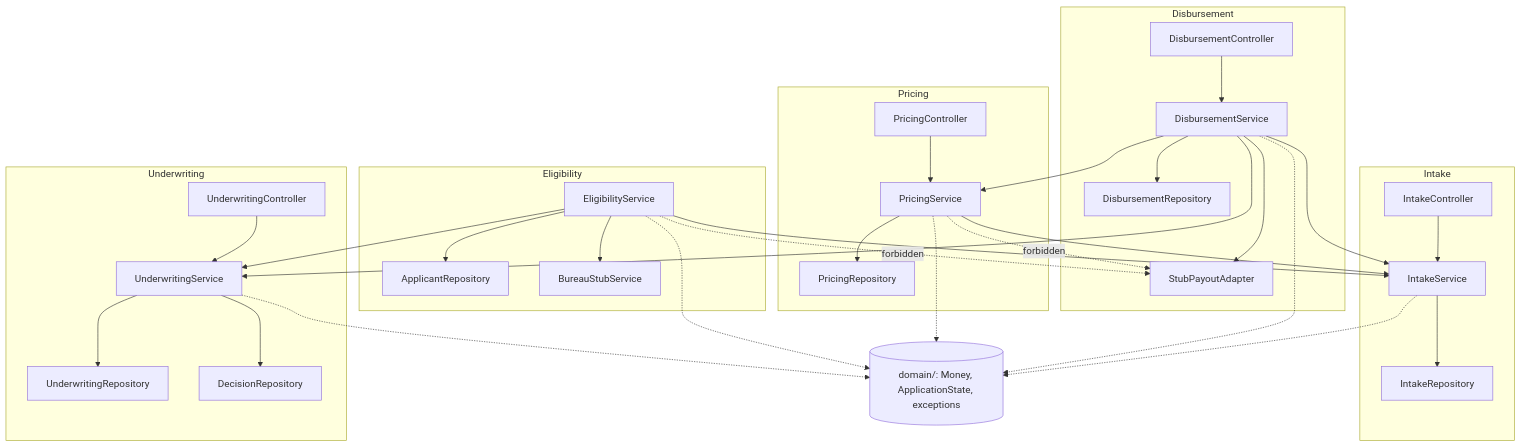
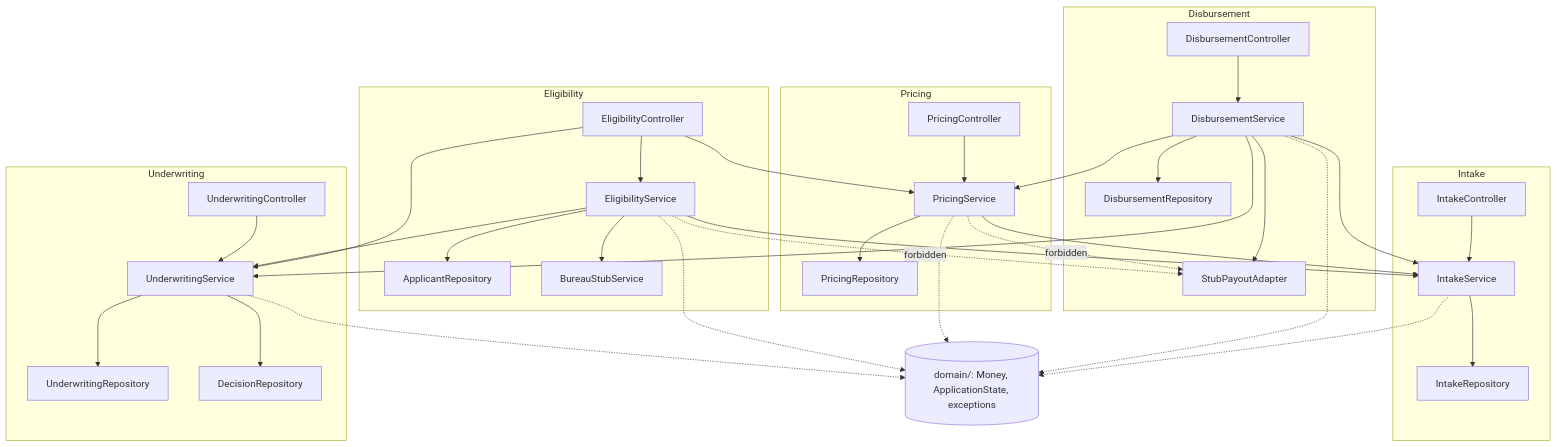
One commit to ramesh918/virtuasa-hackton-LoanForge changed the diagram in docs/architecture.md. Above: the diagram before and after it, drawn with Mermaid. The commit also changed other lines of this file and 7 other files, not shown here.

First line of the commit message:
docs: update README/CLAUDE/architecture and add ADR-0002 for the SQLite migration

````diff
--- a/docs/architecture.md
+++ b/docs/architecture.md
@@ -15,38 +16,41 @@
 ```mermaid
 flowchart TD
   subgraph intake [Intake]
     IC[IntakeController] --> IS[IntakeService] --> IR[IntakeRepository]
   end
   subgraph eligibility [Eligibility]
-    ES[EligibilityService] --> AR[ApplicantRepository]
+    EC[EligibilityController] --> ES[EligibilityService]
+    ES --> AR[ApplicantRepository]
     ES --> BS[BureauStubService]
   end
   subgraph pricing [Pricing]
     PC[PricingController] --> PS[PricingService] --> PR[PricingRepository]
   end
   subgraph underwriting [Underwriting]
     UC[UnderwritingController] --> US[UnderwritingService]
     US --> UR[UnderwritingRepository]
     US --> DecR[DecisionRepository]
   end
   subgraph disbursement [Disbursement]
     DC[DisbursementController] --> DS[DisbursementService] --> DisR[DisbursementRepository]
     DS --> PA[StubPayoutAdapter]
   end
 
   ES --> IS
   ES --> US
+  EC --> PS
+  EC --> US
   PS --> IS
   DS --> IS
   DS --> PS
   DS --> US
 
   IS -.-> Domain[("domain/: Money, ApplicationState, exceptions")]
   ES -.-> Domain
   PS -.-> Domain
   US -.-> Domain
   DS -.-> Domain
 
   PS -.->|forbidden| PA
   ES -.->|forbidden| PA
 ```
````
